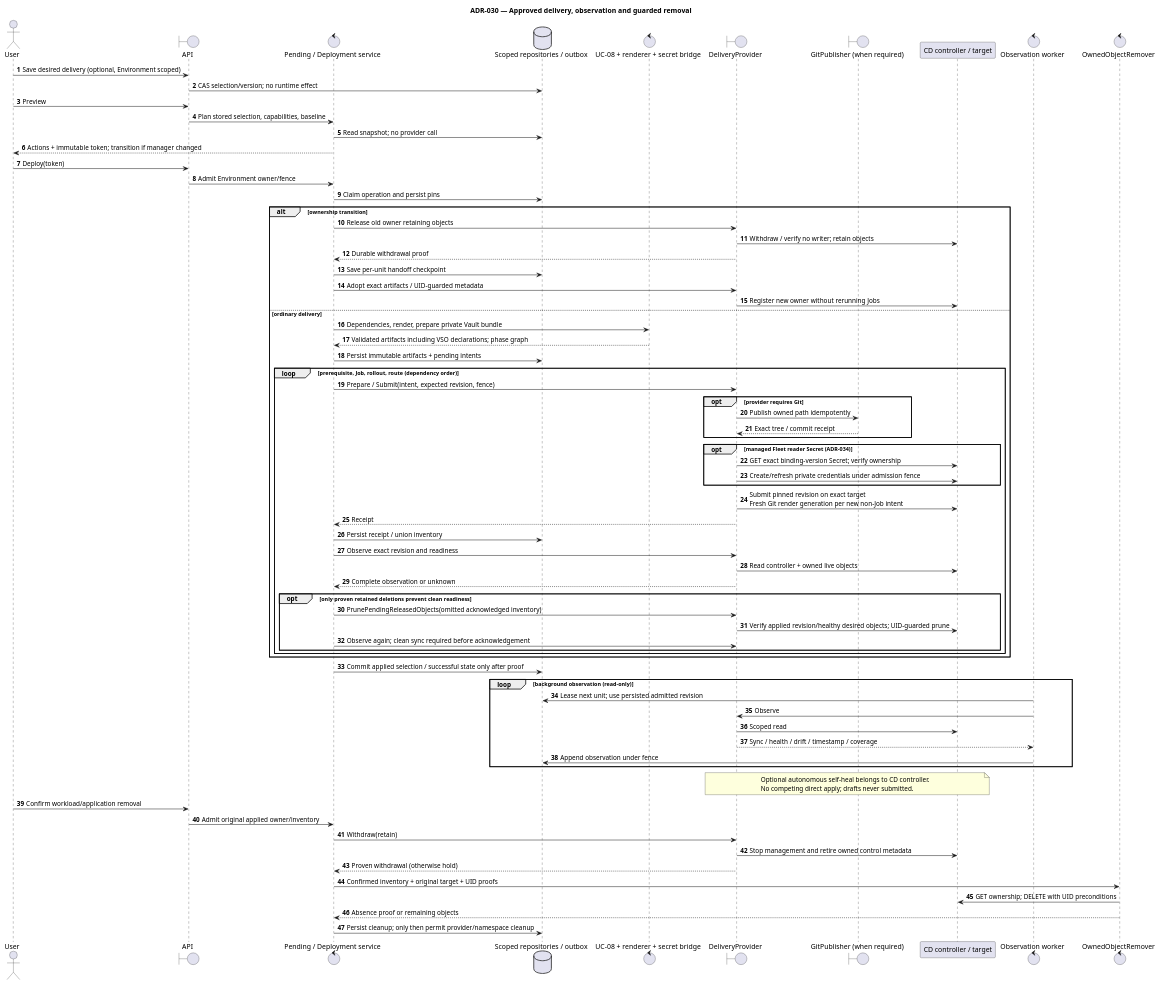
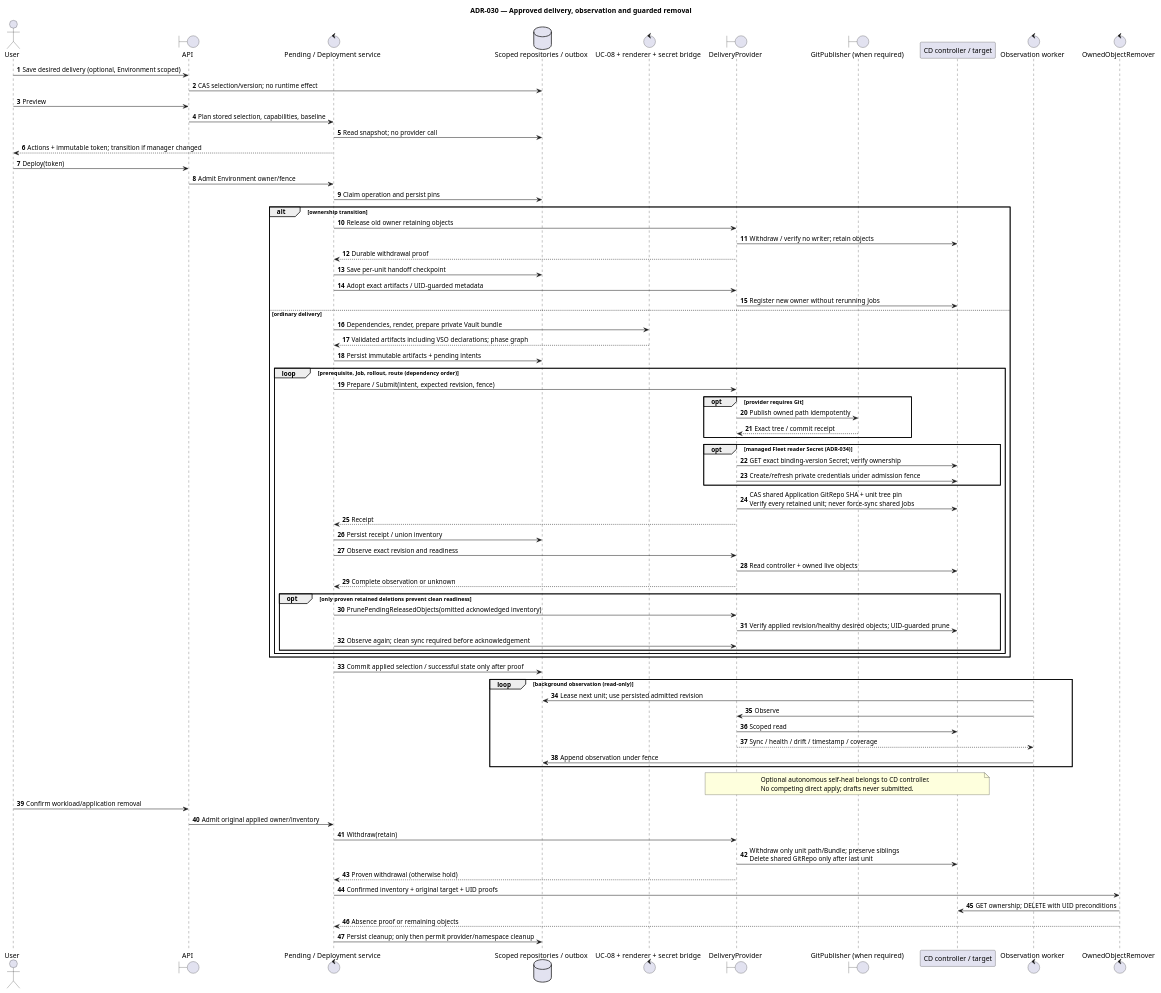
The diagram in orchestrator_docs/architecture/components/delivery-reconciliation-sequence.puml (pr3s3nt/poc), drawn with PlantUML before and after one commit. The commit also changed 45 other files, not shown here.

Commit message:
refactor(delivery): share one Fleet GitRepo across application environments

```diff
--- a/orchestrator_docs/architecture/components/delivery-reconciliation-sequence.puml
+++ b/orchestrator_docs/architecture/components/delivery-reconciliation-sequence.puml
@@ -1,78 +1,78 @@
 @startuml
 title ADR-030 — Approved delivery, observation and guarded removal
 autonumber
 actor User
 boundary API
 control "Pending / Deployment service" as Deploy
 database "Scoped repositories / outbox" as DB
 control "UC-08 + renderer + secret bridge" as Prepare
 boundary "DeliveryProvider" as Provider
 boundary "GitPublisher (when required)" as Git
 participant "CD controller / target" as Cluster
 control "Observation worker" as Observe
 control "OwnedObjectRemover" as Remove
 User -> API: Save desired delivery (optional, Environment scoped)
 API -> DB: CAS selection/version; no runtime effect
 User -> API: Preview
 API -> Deploy: Plan stored selection, capabilities, baseline
 Deploy -> DB: Read snapshot; no provider call
 Deploy --> User: Actions + immutable token; transition if manager changed
 User -> API: Deploy(token)
 API -> Deploy: Admit Environment owner/fence
 Deploy -> DB: Claim operation and persist pins
 alt ownership transition
   Deploy -> Provider: Release old owner retaining objects
   Provider -> Cluster: Withdraw / verify no writer; retain objects
   Provider --> Deploy: Durable withdrawal proof
   Deploy -> DB: Save per-unit handoff checkpoint
   Deploy -> Provider: Adopt exact artifacts / UID-guarded metadata
   Provider -> Cluster: Register new owner without rerunning Jobs
 else ordinary delivery
   Deploy -> Prepare: Dependencies, render, prepare private Vault bundle
   Prepare --> Deploy: Validated artifacts including VSO declarations; phase graph
   Deploy -> DB: Persist immutable artifacts + pending intents
   loop prerequisite, Job, rollout, route (dependency order)
     Deploy -> Provider: Prepare / Submit(intent, expected revision, fence)
     opt provider requires Git
       Provider -> Git: Publish owned path idempotently
       Git --> Provider: Exact tree / commit receipt
     end
     opt managed Fleet reader Secret (ADR-034)
       Provider -> Cluster: GET exact binding-version Secret; verify ownership
       Provider -> Cluster: Create/refresh private credentials under admission fence
     end
-    Provider -> Cluster: Submit pinned revision on exact target\nFresh Git render generation per new non-Job intent
+    Provider -> Cluster: CAS shared Application GitRepo SHA + unit tree pin\nVerify every retained unit; never force-sync shared Jobs
     Provider --> Deploy: Receipt
     Deploy -> DB: Persist receipt / union inventory
     Deploy -> Provider: Observe exact revision and readiness
     Provider -> Cluster: Read controller + owned live objects
     Provider --> Deploy: Complete observation or unknown
     opt only proven retained deletions prevent clean readiness
       Deploy -> Provider: PrunePendingReleasedObjects(omitted acknowledged inventory)
       Provider -> Cluster: Verify applied revision/healthy desired objects; UID-guarded prune
       Deploy -> Provider: Observe again; clean sync required before acknowledgement
     end
   end
 end
 Deploy -> DB: Commit applied selection / successful state only after proof
 loop background observation (read-only)
   Observe -> DB: Lease next unit; use persisted admitted revision
   Observe -> Provider: Observe
   Provider -> Cluster: Scoped read
   Provider --> Observe: Sync / health / drift / timestamp / coverage
   Observe -> DB: Append observation under fence
 end
 note over Provider, Cluster
 Optional autonomous self-heal belongs to CD controller.
 No competing direct apply; drafts never submitted.
 end note
 User -> API: Confirm workload/application removal
 API -> Deploy: Admit original applied owner/inventory
 Deploy -> Provider: Withdraw(retain)
-Provider -> Cluster: Stop management and retire owned control metadata
+Provider -> Cluster: Withdraw only unit path/Bundle; preserve siblings\nDelete shared GitRepo only after last unit
 Provider --> Deploy: Proven withdrawal (otherwise hold)
 Deploy -> Remove: Confirmed inventory + original target + UID proofs
 Remove -> Cluster: GET ownership; DELETE with UID preconditions
 Remove --> Deploy: Absence proof or remaining objects
 Deploy -> DB: Persist cleanup; only then permit provider/namespace cleanup
 @enduml
```
